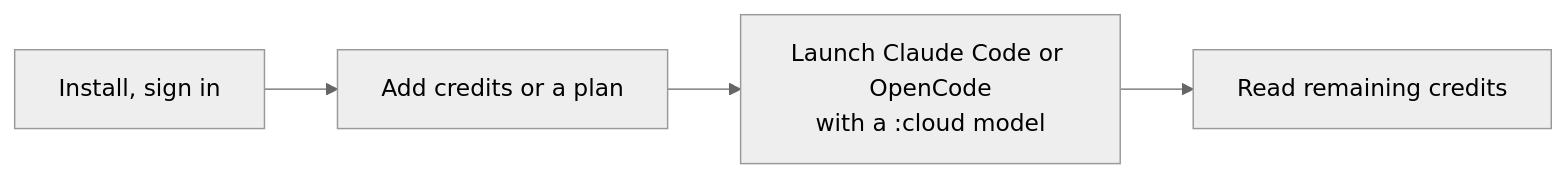
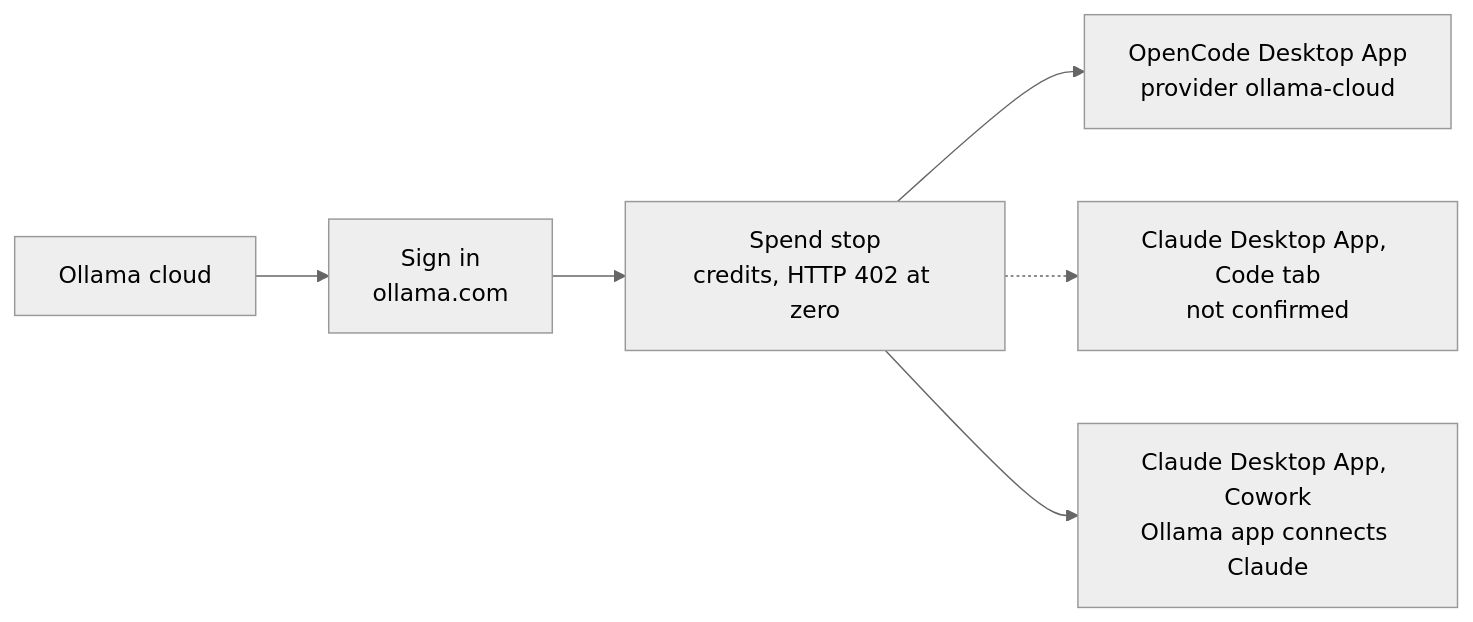
One commit to SoulCraft-Org/compute-crafter changed the diagram in guides/ollama.md. Above: the diagram before and after it, drawn with Mermaid (neutral theme). The commit also changed other lines of this file and 8 other files, not shown here.

First line of the commit message:
🎨 Guides batch 1: visual first, two desktop apps (index, Ollama, OpenRouter, Hugging Face) (#193)

````diff
--- a/guides/ollama.md
+++ b/guides/ollama.md
@@ -9,4 +5,7 @@
 ```mermaid
 flowchart LR
-  I[Install, sign in] --> P[Add credits or a plan] --> L[Launch Claude Code or OpenCode<br/>with a :cloud model] --> U[Read remaining credits]
+  P[Ollama cloud] --> S[Sign in<br/>ollama.com] --> G[Spend stop<br/>credits, HTTP 402 at zero]
+  G --> O[OpenCode Desktop App<br/>provider ollama-cloud]
+  G -.-> C[Claude Desktop App, Code tab<br/>not confirmed]
+  G --> W[Claude Desktop App, Cowork<br/>Ollama app connects Claude]
 ```
````
